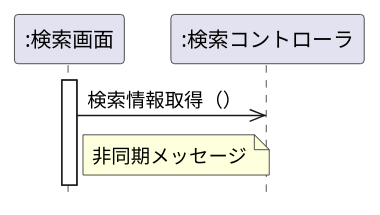
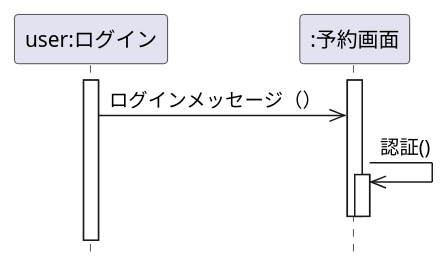
The diagram in 演習4-2_SD_利用者と予約画面.pu (zessyou/uml-introduction), drawn with PlantUML before and after one commit. The commit also changed other lines of this file, not shown here.

Commit message:
課題提出4-2の修正

```diff
--- a/演習4-2_SD_利用者と予約画面.pu
+++ b/演習4-2_SD_利用者と予約画面.pu
@@ -1,12 +1,13 @@
-@startuml
+@startuml 利用者と予約画面
  hide footbox
-skinparam style strictuml /' 厳密なUMLに準拠する'/
-participant ":検索画面" as seach
-participant ":検索コントローラ" as control
-
+skinparam style strictuml
+participant "user:ログイン" as seach
+participant ":予約画面" as control
 activate seach
-seach ->> control: 検索情報取得（）
+activate control
+seach ->> control: ログインメッセージ（）
+control ->> control :認証()
+activate control
 deactivate control
-
-note right of seach : 非同期メッセージ
+deactivate control
 @enduml
```
